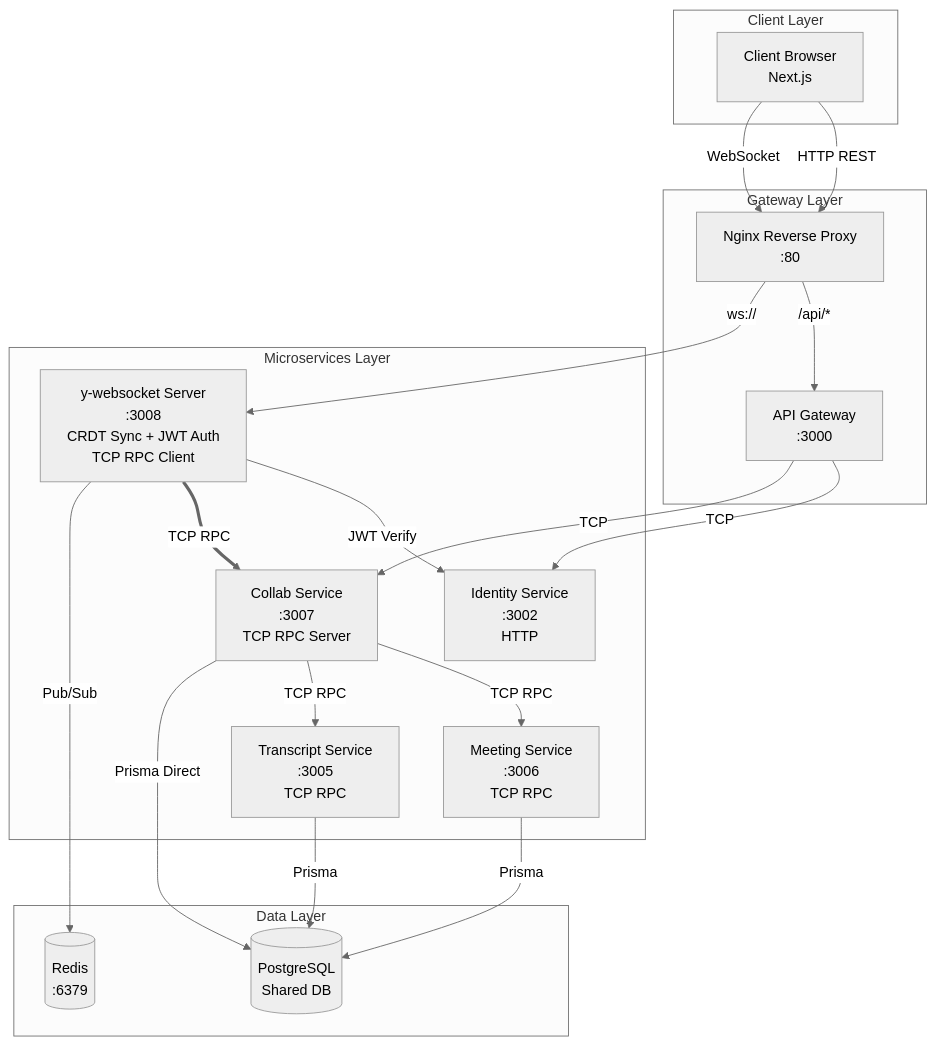
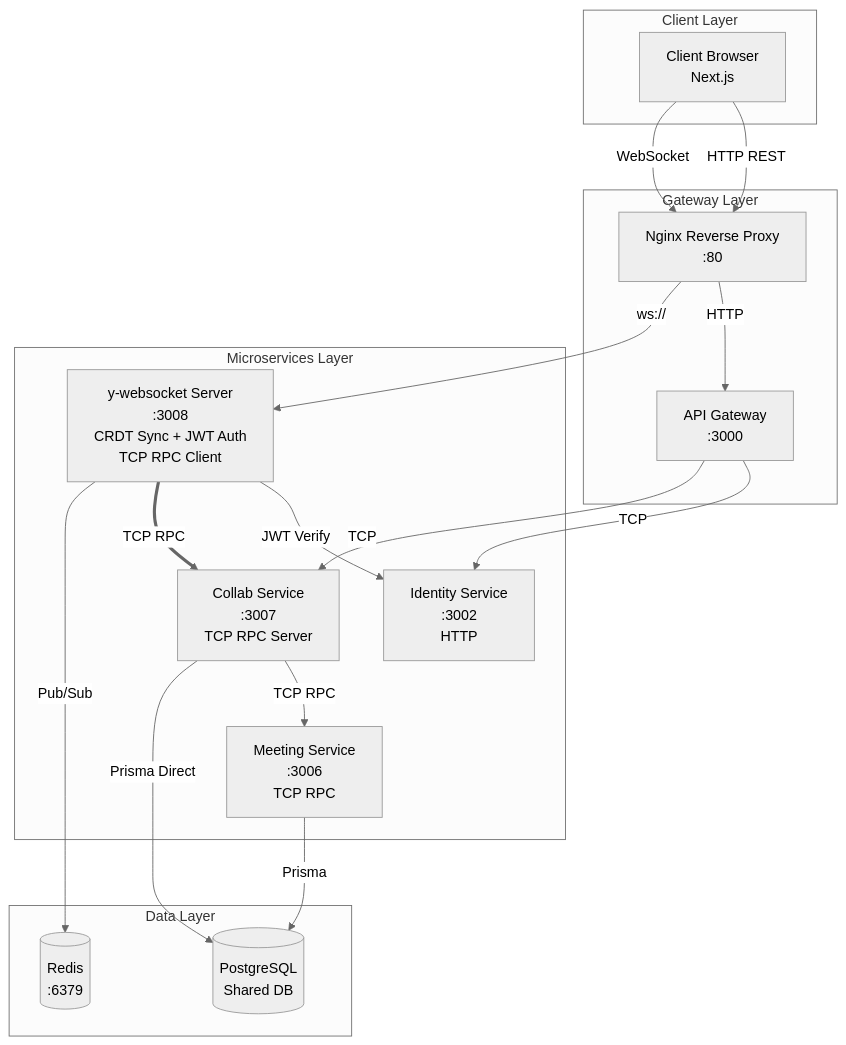
Before and after one commit to Yamaaaaaaaa/VDT_miniproject_TranscriptHub: the first of 5 diagrams in documents/ms/collab_service/idea/architecture.md, drawn with Mermaid (neutral theme). The commit also changed other lines of this file and 31 other files, not shown here.

Commit message:
Collab Service - microservice code (service  với các api cơ bản, chưa có y-ws server)

````diff
--- a/documents/ms/collab_service/idea/architecture.md
+++ b/documents/ms/collab_service/idea/architecture.md
@@ -59,55 +62,48 @@
 ```mermaid
 graph TB
 
     subgraph "Client Layer"
         Browser[Client Browser<br/>Next.js]
     end
 
     subgraph "Gateway Layer"
         Nginx[Nginx Reverse Proxy<br/>:80]
         APIGateway[API Gateway<br/>:3000]
     end
 
     subgraph "Microservices Layer"
         yWS[y-websocket Server<br/>:3008<br/>CRDT Sync + JWT Auth<br/>TCP RPC Client]
-
         Identity[Identity Service<br/>:3002<br/>HTTP]
-
         Collab[Collab Service<br/>:3007<br/>TCP RPC Server]
-
         Meeting[Meeting Service<br/>:3006<br/>TCP RPC]
-
-        TranscriptSvc[Transcript Service<br/>:3005<br/>TCP RPC]
     end
 
     subgraph "Data Layer"
         Redis[(Redis<br/>:6379)]
         PG[(PostgreSQL<br/>Shared DB)]
     end
 
     %% Client -> Gateway
     Browser -->|HTTP REST| Nginx
     Browser -->|WebSocket| Nginx
 
     %% Gateway Routing
-    Nginx -->|/api/*| APIGateway
+    Nginx -->|HTTP| APIGateway
     Nginx -->|ws://| yWS
 
     %% API Gateway -> Services
     APIGateway -->|TCP| Identity
     APIGateway -->|TCP| Collab
 
     %% WebSocket Service
     yWS -->|JWT Verify| Identity
     yWS ==>|TCP RPC| Collab
     yWS -->|Pub/Sub| Redis
 
     %% Internal Service Communication
     Collab -->|TCP RPC| Meeting
-    Collab -->|TCP RPC| TranscriptSvc
 
     %% Database Access
     Collab -->|Prisma Direct| PG
     Meeting -->|Prisma| PG
-    TranscriptSvc -->|Prisma| PG
 ```
````
